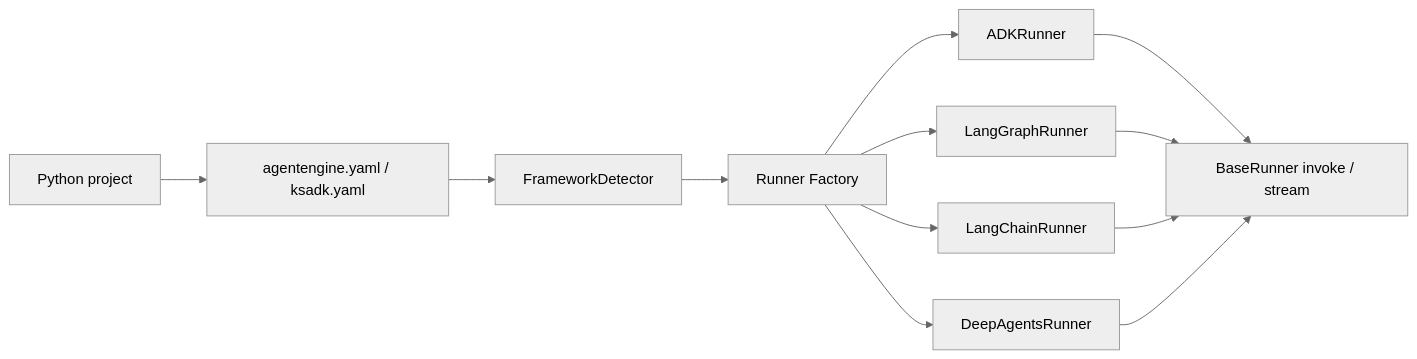
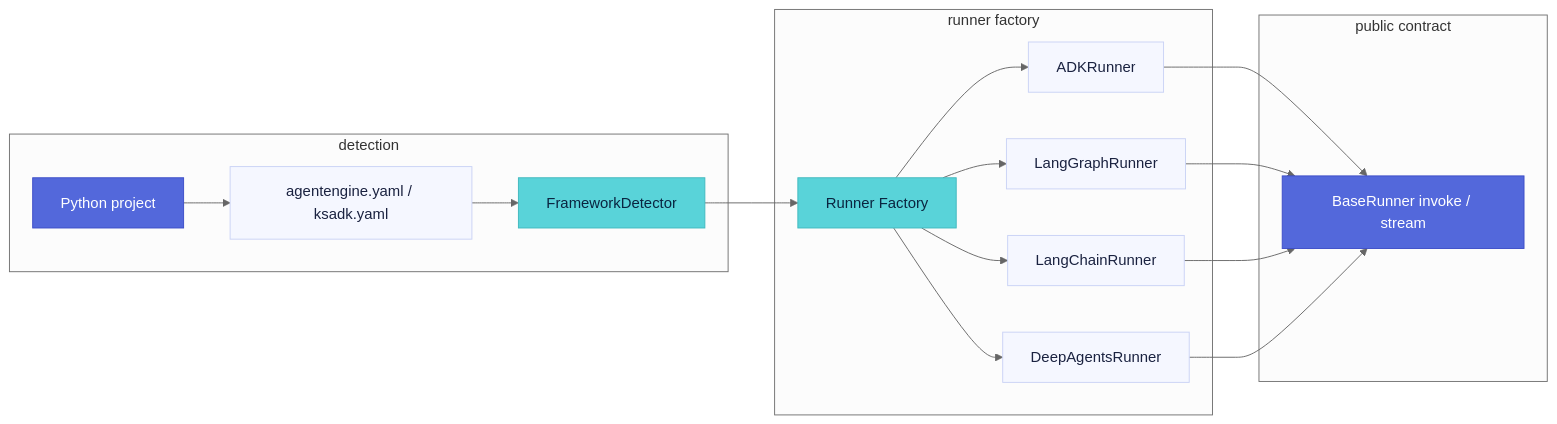
Before and after one commit to kingsoftcloud/ksadk-python: the second of 3 diagrams in docs-site/content/docs/framework/getting-started/concepts.en.mdx, drawn with Mermaid (neutral theme). The commit also changed other lines of this file and 33 other files, not shown here.

````diff
--- a/docs-site/content/docs/framework/getting-started/concepts.en.mdx
+++ b/docs-site/content/docs/framework/getting-started/concepts.en.mdx
@@ -69,14 +74,37 @@
 ```mermaid
 flowchart LR
   Project["Python project"] --> Config["agentengine.yaml / ksadk.yaml"]
   Config --> Detector["FrameworkDetector"]
   Detector --> Factory["Runner Factory"]
   Factory --> ADK["ADKRunner"]
   Factory --> LG["LangGraphRunner"]
   Factory --> LC["LangChainRunner"]
   Factory --> DA["DeepAgentsRunner"]
   ADK --> Contract["BaseRunner invoke / stream"]
   LG --> Contract
   LC --> Contract
   DA --> Contract
+
+  subgraph detect["detection"]
+    Project
+    Config
+    Detector
+  end
+  subgraph factory["runner factory"]
+    Factory
+    ADK
+    LG
+    LC
+    DA
+  end
+  subgraph contract["public contract"]
+    Contract
+  end
+
+  classDef brand fill:#5368db,stroke:#3b4cc7,color:#fff
+  classDef accent fill:#59d3d9,stroke:#3fb8be,color:#0a2540
+  classDef neutral fill:#f5f7ff,stroke:#c9d2f5,color:#1a2240
+  class Project,Contract brand
+  class Detector,Factory accent
+  class Config,ADK,LG,LC,DA neutral
 ```
````
